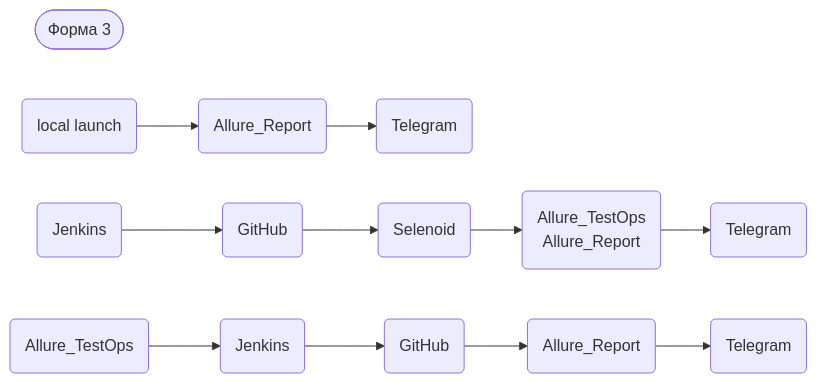
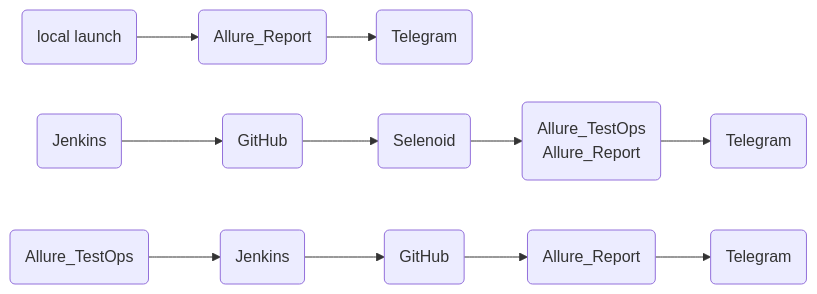
The diagram in README.md (maxkonushkin/FirstProject), drawn with Mermaid before and after one commit.

Commit message:
add mermaid

````diff
--- a/README.md
+++ b/README.md
@@ -60,9 +60,8 @@
 ``` mermaid
 flowchart LR
-node3([Форма 3])
 A(local launch)-->B(Allure_Report)-->P(Telegram);
     C(Jenkins)-->D(GitHub)-->U(Selenoid);
     U(Selenoid)-->I(Allure_TestOps
     Allure_Report)-->O(Telegram);
     Q(Allure_TestOps)-->W(Jenkins)-->R(GitHub)-->T(Allure_Report)-->Y(Telegram); 
 ```
````
